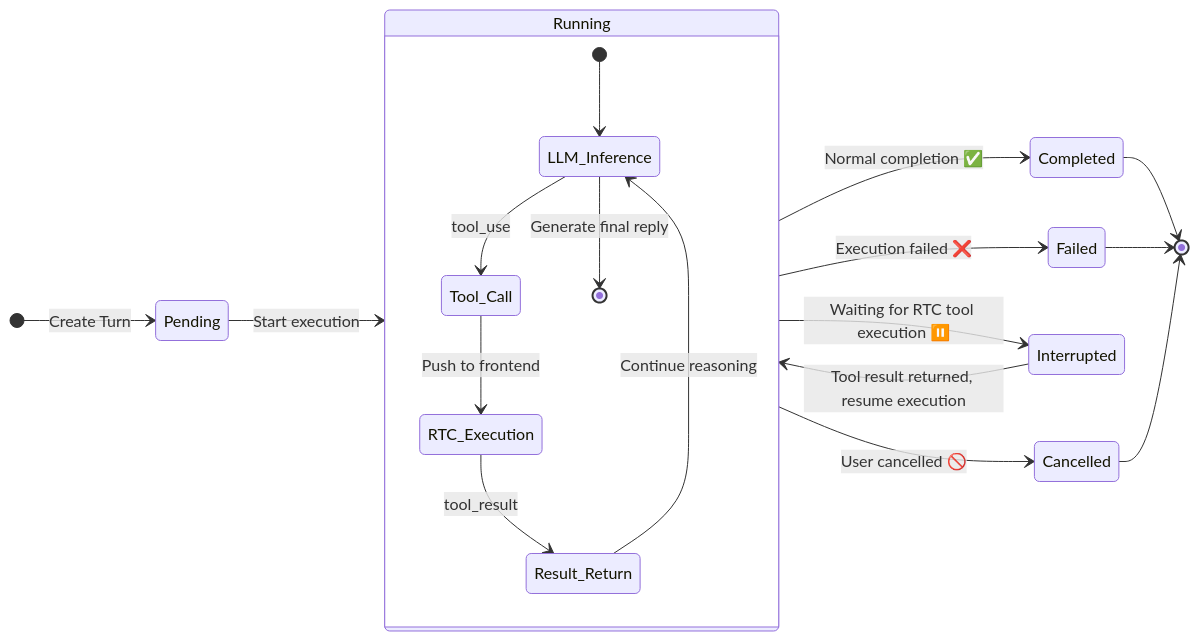
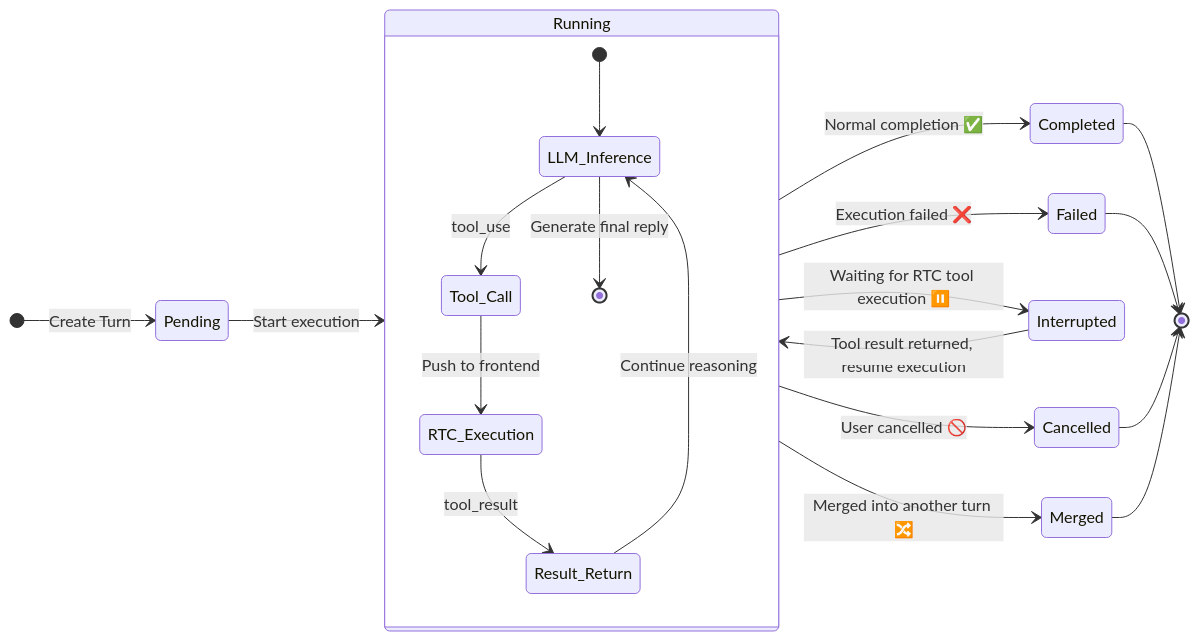
Before and after one commit to rtc-agent/docs: the fourth of 8 diagrams in src/content/docs/en/features/messaging.md, drawn with Mermaid. The commit also changed other lines of this file and 60 other files, not shown here.

First line of the commit message:
docs(site): refresh documentation with new sections and improved diagrams

````diff
--- a/src/content/docs/en/features/messaging.md
+++ b/src/content/docs/en/features/messaging.md
@@ -96,27 +102,29 @@
 ```mermaid
 stateDiagram-v2
     direction LR
 
     [*] --> Pending: Create Turn
     Pending --> Running: Start execution
 
     Running --> Completed: Normal completion ✅
     Running --> Failed: Execution failed ❌
     Running --> Interrupted: Waiting for RTC tool execution ⏸️
     Running --> Cancelled: User cancelled 🚫
+    Running --> Merged: Merged into another turn 🔀
 
     Interrupted --> Running: Tool result returned, resume execution
 
     Completed --> [*]
     Failed --> [*]
     Cancelled --> [*]
+    Merged --> [*]
 
     state Running {
         [*] --> LLM_Inference
         LLM_Inference --> Tool_Call: tool_use
         Tool_Call --> RTC_Execution: Push to frontend
         RTC_Execution --> Result_Return: tool_result
         Result_Return --> LLM_Inference: Continue reasoning
         LLM_Inference --> [*]: Generate final reply
     }
 ```
````
